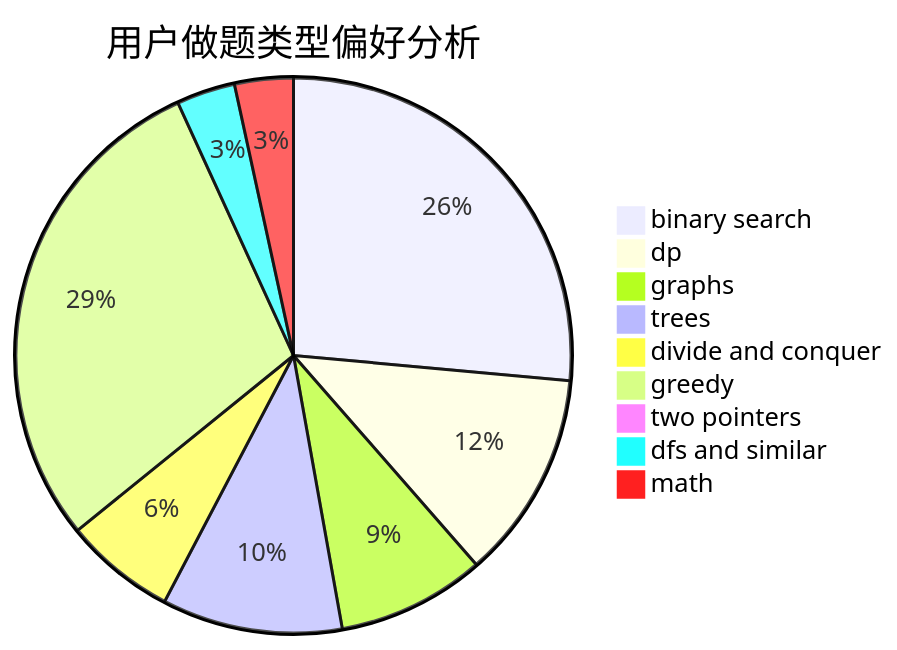
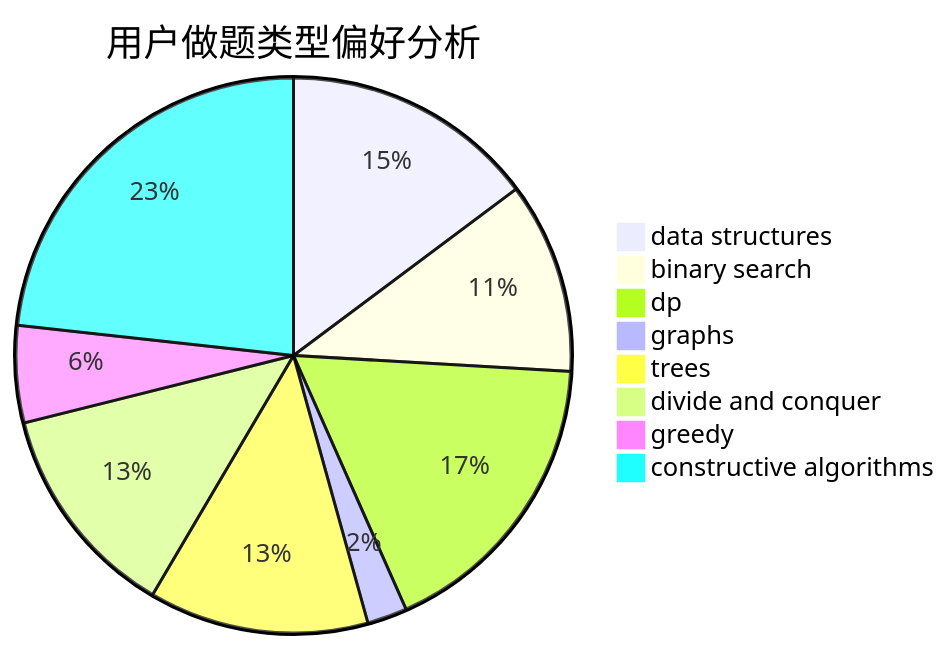
Before and after one commit to sherpahu/cfrs.github.io: the second of 3 diagrams in docs/user/u1206.md, drawn with Mermaid. The commit also changed other lines of this file and 2775 other files, not shown here.

````diff
--- a/docs/user/u1206.md
+++ b/docs/user/u1206.md
@@ -23,12 +23,11 @@
 ```mermaid
 pie title 用户做题类型偏好分析
-    "binary search" :  310
-    "dp" :  142
-    "graphs" :  101
-    "trees" :  123
+    "data structures" :  89
+    "binary search" :  67
+    "dp" :  105
+    "graphs" :  14
+    "trees" :  77
     "divide and conquer" :  76
-    "greedy" :  340
-    "two pointers" :  4
-    "dfs and similar" :  40
-    "math" :  40
+    "greedy" :  34
+    "constructive algorithms" :  140
 ```
````
